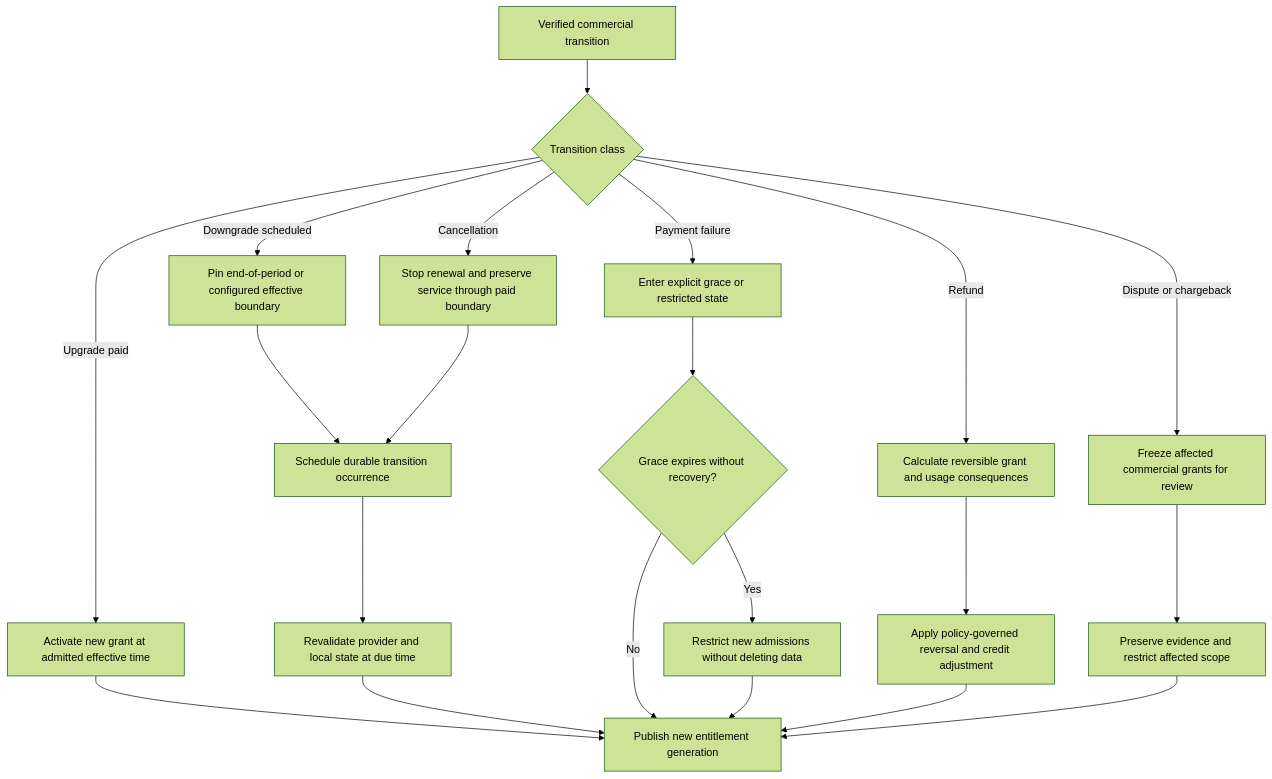
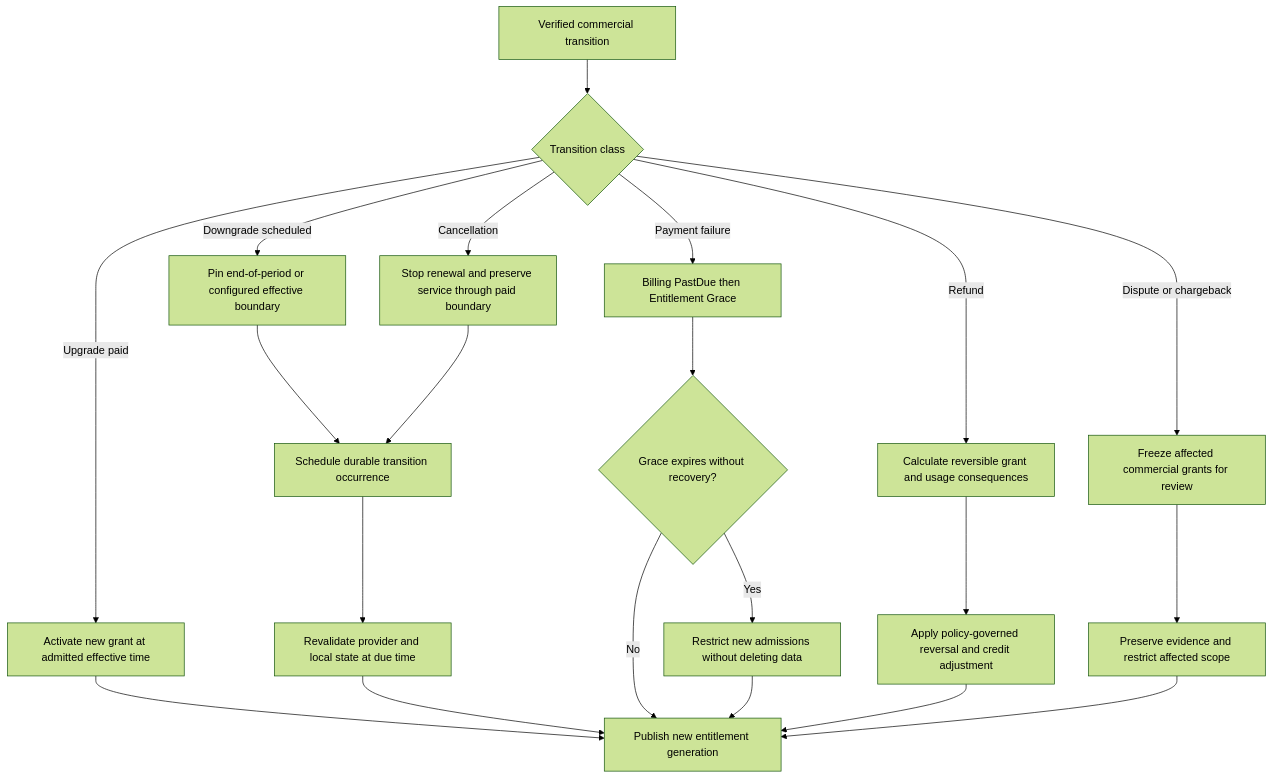
One commit to obsidia-systems/Discord-Bot-Open-Source changed diagram 50 of 54 in docs/architecture/04-runtime-flows.md. Above: the diagram before and after it, drawn with Mermaid (forest theme). The commit also changed other lines of this file and 27 other files, not shown here.

First line of the commit message:
feat(architecture): add comprehensive architecture review documentation

````diff
--- a/docs/architecture/04-runtime-flows.md
+++ b/docs/architecture/04-runtime-flows.md
@@ -1722,23 +1844,23 @@
 ```mermaid
 flowchart TD
     A[Verified commercial transition] --> B{Transition class}
     B -->|Upgrade paid| C[Activate new grant at admitted effective time]
     B -->|Downgrade scheduled| D[Pin end-of-period or configured effective boundary]
     B -->|Cancellation| E[Stop renewal and preserve service through paid boundary]
-    B -->|Payment failure| F[Enter explicit grace or restricted state]
+    B -->|Payment failure| F[Billing PastDue then Entitlement Grace]
     B -->|Refund| G[Calculate reversible grant and usage consequences]
     B -->|Dispute or chargeback| H[Freeze affected commercial grants for review]
     C --> I[Publish new entitlement generation]
     D --> J[Schedule durable transition occurrence]
     E --> J
     F --> K{Grace expires without recovery?}
     K -->|No| I
     K -->|Yes| L[Restrict new admissions without deleting data]
     G --> M[Apply policy-governed reversal and credit adjustment]
     H --> N[Preserve evidence and restrict affected scope]
     J --> O[Revalidate provider and local state at due time]
     O --> I
     L --> I
     M --> I
     N --> I
 ```
````
